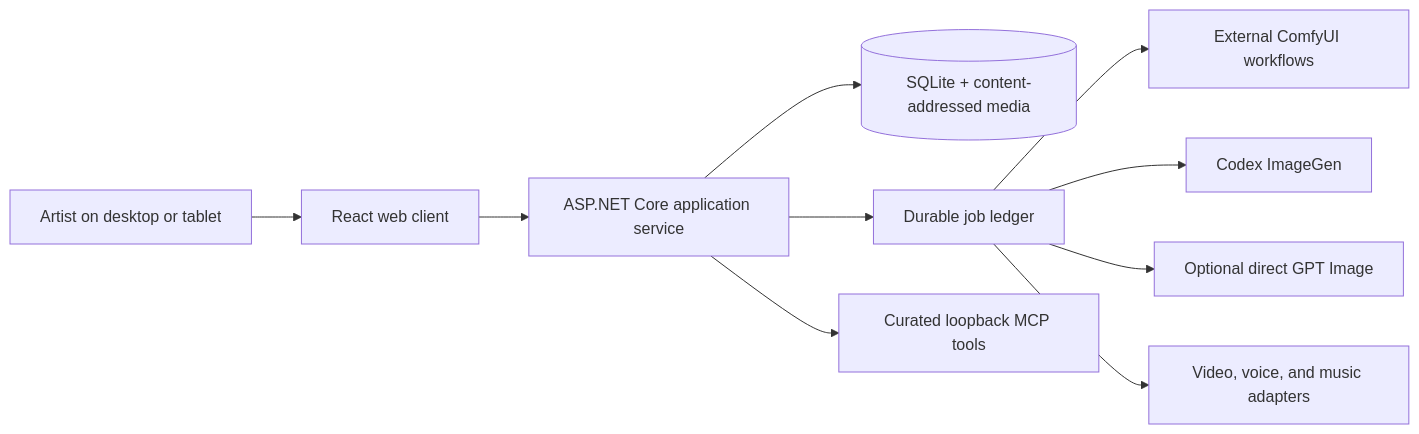
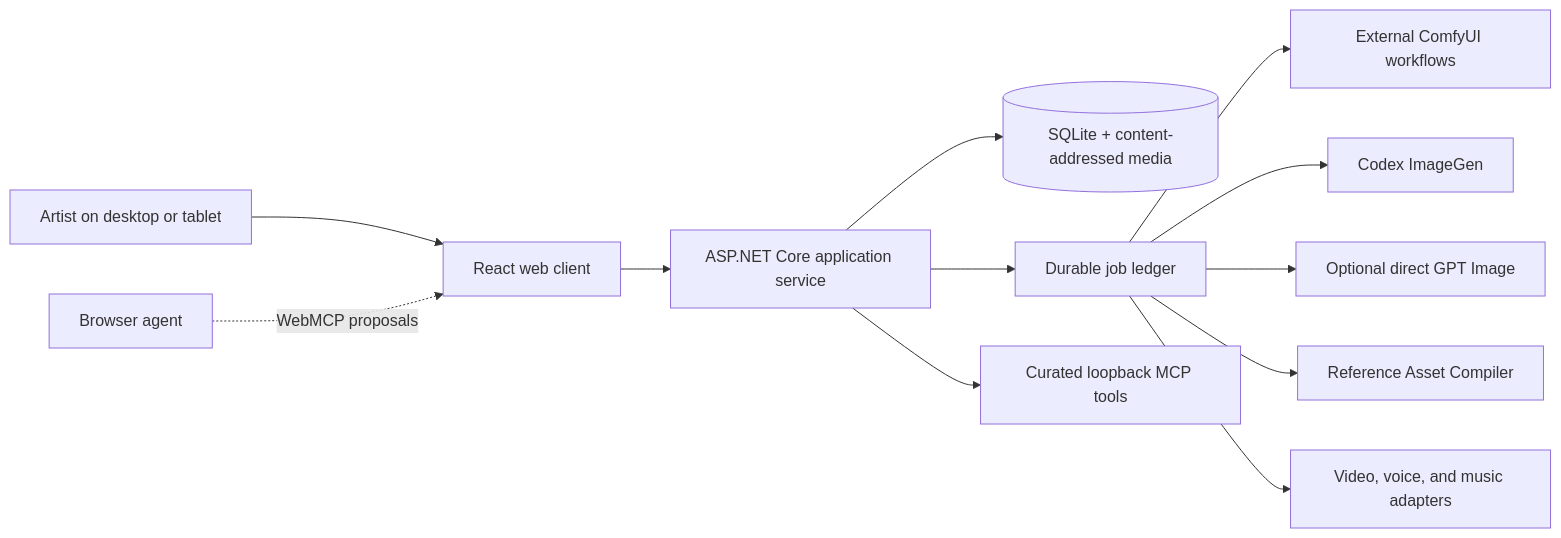
One commit to raydeStar/framewright changed the diagram in README.md. Above: the diagram before and after it, drawn with Mermaid. The commit also changed other lines of this file and 8 other files, not shown here.

````diff
--- a/README.md
+++ b/README.md
@@ -197,12 +243,14 @@
 ```mermaid
 flowchart LR
     Artist[Artist on desktop or tablet] --> UI[React web client]
+    Agent[Browser agent] -. WebMCP proposals .-> UI
     UI --> API[ASP.NET Core application service]
     API --> Store[(SQLite + content-addressed media)]
     API --> Ledger[Durable job ledger]
     Ledger --> ComfyUI[External ComfyUI workflows]
     Ledger --> Codex[Codex ImageGen]
     Ledger --> OpenAI[Optional direct GPT Image]
+    Ledger --> Compiler[Reference Asset Compiler]
     Ledger --> Media[Video, voice, and music adapters]
     API --> MCP[Curated loopback MCP tools]
 ```
````
